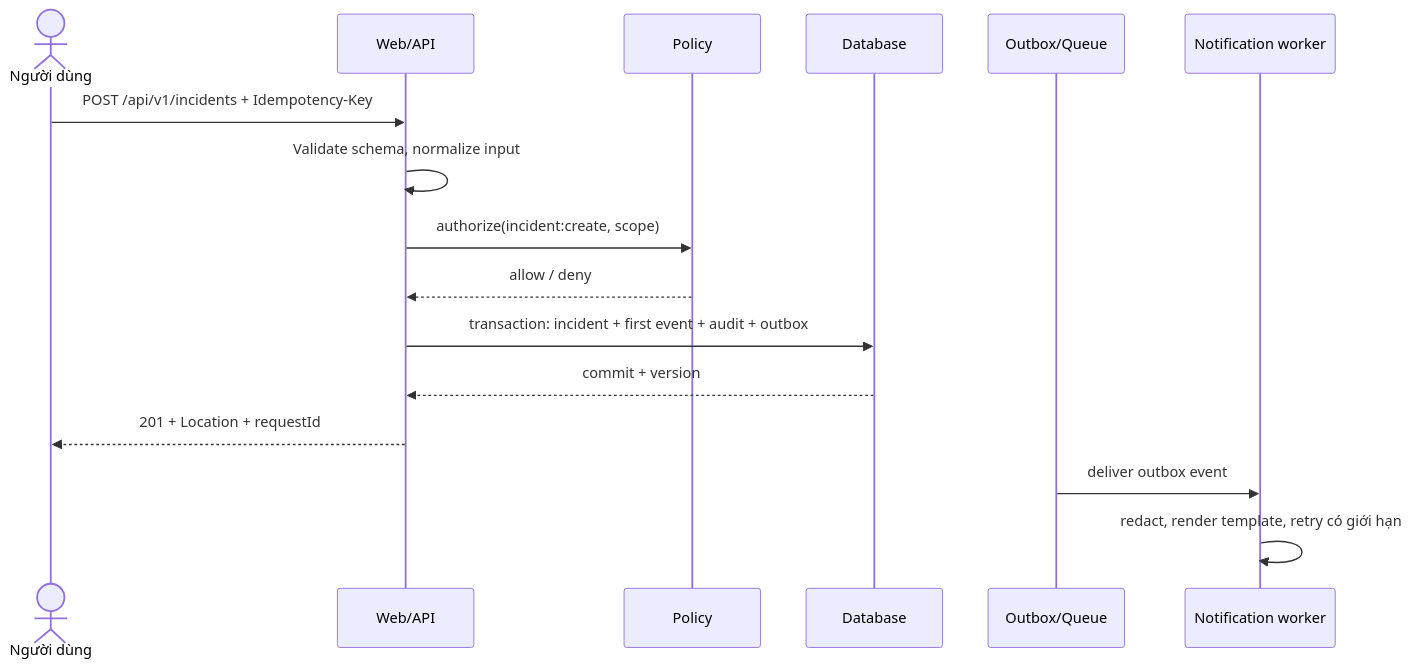
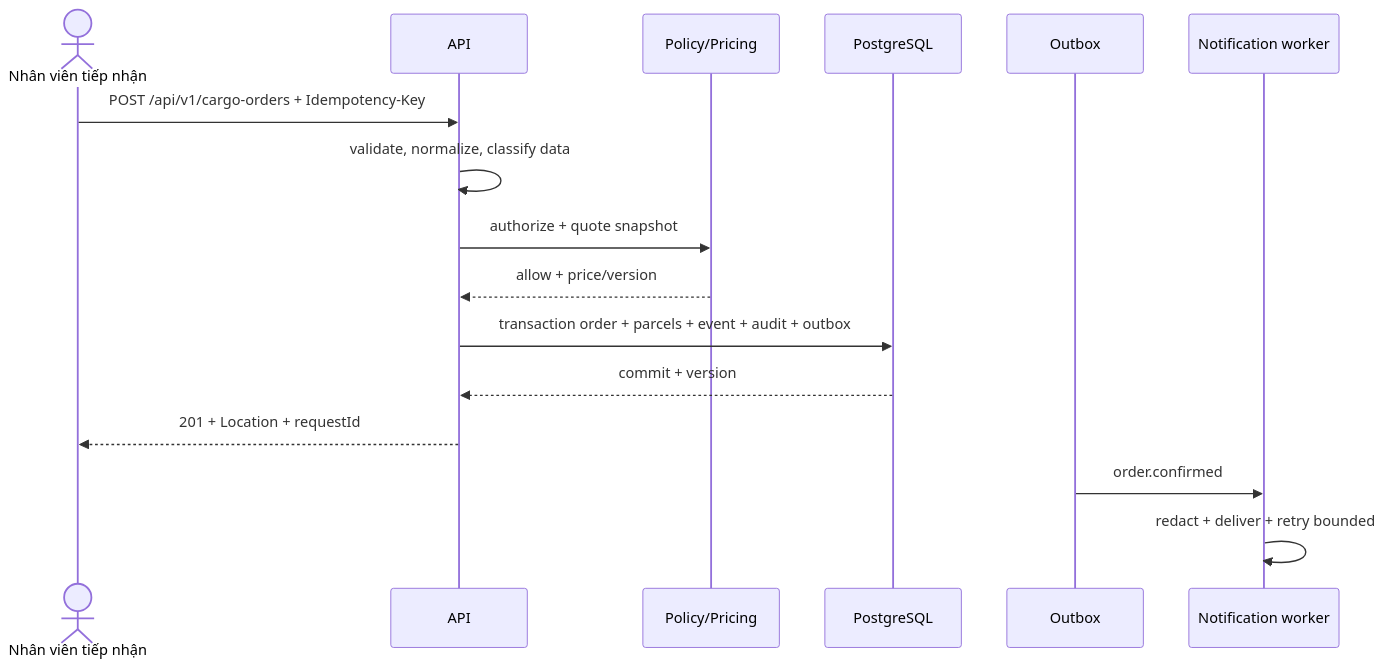
Before and after one commit to QuangHuy71104/kumho-smartops: the fourth of 6 diagrams in docs/ARCHITECTURE.md, drawn with Mermaid. The commit also changed other lines of this file and 113 other files, not shown here.

````diff
--- a/docs/ARCHITECTURE.md
+++ b/docs/ARCHITECTURE.md
@@ -168,19 +168,19 @@
 ```mermaid
 sequenceDiagram
-    actor U as Người dùng
-    participant W as Web/API
-    participant P as Policy
-    participant D as Database
-    participant Q as Outbox/Queue
-    participant N as Notification worker
+    actor U as Nhân viên tiếp nhận
+    participant A as API
+    participant P as Policy/Pricing
+    participant D as PostgreSQL
+    participant Q as Outbox
+    participant W as Notification worker
 
-    U->>W: POST /api/v1/incidents + Idempotency-Key
-    W->>W: Validate schema, normalize input
-    W->>P: authorize(incident:create, scope)
-    P-->>W: allow / deny
-    W->>D: transaction: incident + first event + audit + outbox
-    D-->>W: commit + version
-    W-->>U: 201 + Location + requestId
-    Q->>N: deliver outbox event
-    N->>N: redact, render template, retry có giới hạn
+    U->>A: POST /api/v1/cargo-orders + Idempotency-Key
+    A->>A: validate, normalize, classify data
+    A->>P: authorize + quote snapshot
+    P-->>A: allow + price/version
+    A->>D: transaction order + parcels + event + audit + outbox
+    D-->>A: commit + version
+    A-->>U: 201 + Location + requestId
+    Q->>W: order.confirmed
+    W->>W: redact + deliver + retry bounded
 ```
````
